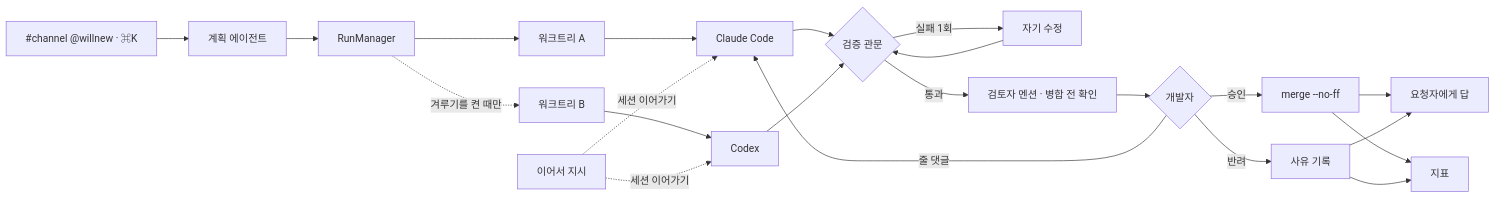
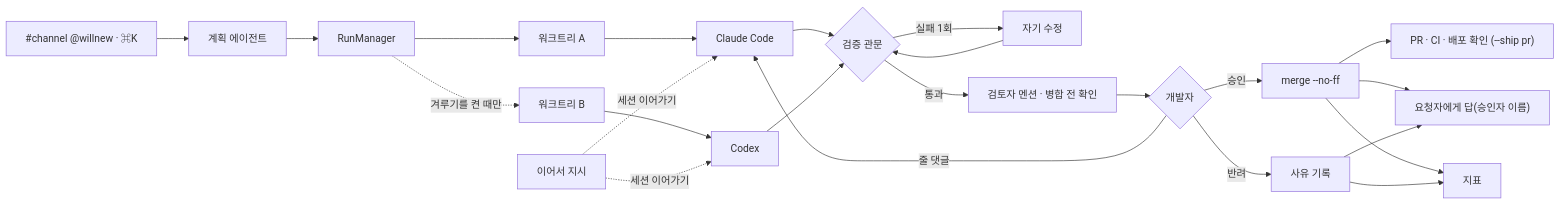
Before and after one commit to Haejyn/willnew: the diagram in README.md, drawn with Mermaid. The commit also changed other lines of this file, not shown here.

````diff
--- a/README.md
+++ b/README.md
@@ -158,16 +174,17 @@
 ```mermaid
 flowchart LR
     U["#channel @willnew · ⌘K"] --> TR["계획 에이전트"]
     TR --> RM["RunManager"]
     RM --> W1["워크트리 A"] --> A1["Claude Code"]
     RM -. 겨루기를 켠 때만 .-> W2["워크트리 B"] --> A2["Codex"]
     H1["이어서 지시"] -. 세션 이어가기 .-> A1 & A2
     A1 & A2 --> V{"검증 관문"}
     V -->|실패 1회| R["자기 수정"] --> V
     V -->|통과| S["검토자 멘션 · 병합 전 확인"] --> H{"개발자"}
     H -->|줄 댓글| A1
     H -->|승인| M["merge --no-ff"]
     H -->|반려| X["사유 기록"]
-    M & X --> Q["요청자에게 답"]
+    M --> Y["PR · CI · 배포 확인 (--ship pr)"]
+    M & X --> Q["요청자에게 답(승인자 이름)"]
     M & X --> K["지표"]
 ```
````
